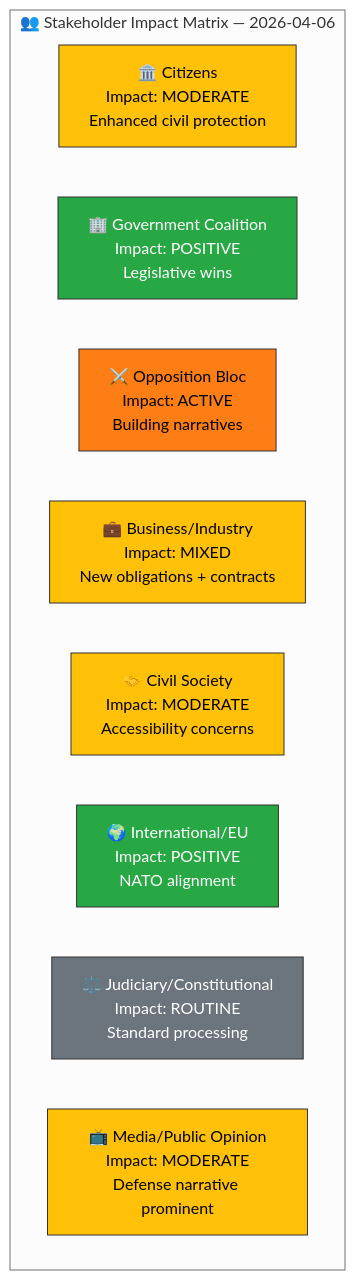
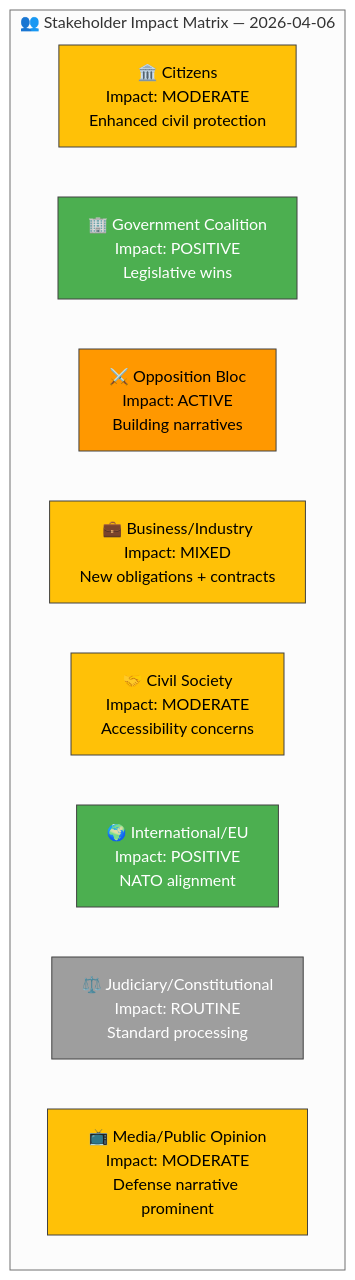
The diagram in analysis/daily/2026-04-06/realtime-1420/stakeholder-perspectives.md (Hack23/riksdagsmonitor), drawn with Mermaid (neutral theme) before and after one commit. The commit also changed 785 other files, not shown here.

First line of the commit message:
Normalize mermaid colors across 786 analysis artifacts to ISMS Style Guide palette

````diff
--- a/analysis/daily/2026-04-06/realtime-1420/stakeholder-perspectives.md
+++ b/analysis/daily/2026-04-06/realtime-1420/stakeholder-perspectives.md
@@ -21,22 +21,22 @@
 ```mermaid
 graph TD
     subgraph "👥 Stakeholder Impact Matrix — 2026-04-06"
         CIT["🏛️ Citizens<br/>Impact: MODERATE<br/>Enhanced civil protection"]
         GOV["🏢 Government Coalition<br/>Impact: POSITIVE<br/>Legislative wins"]
         OPP["⚔️ Opposition Bloc<br/>Impact: ACTIVE<br/>Building narratives"]
         BIZ["💼 Business/Industry<br/>Impact: MIXED<br/>New obligations + contracts"]
         CIV["🤝 Civil Society<br/>Impact: MODERATE<br/>Accessibility concerns"]
         INT["🌍 International/EU<br/>Impact: POSITIVE<br/>NATO alignment"]
         JUD["⚖️ Judiciary/Constitutional<br/>Impact: ROUTINE<br/>Standard processing"]
         MED["📺 Media/Public Opinion<br/>Impact: MODERATE<br/>Defense narrative prominent"]
     end
 
-    style CIT fill:#ffc107,stroke:#333,color:#000
-    style GOV fill:#28a745,stroke:#333,color:#fff
-    style OPP fill:#fd7e14,stroke:#333,color:#000
-    style BIZ fill:#ffc107,stroke:#333,color:#000
-    style CIV fill:#ffc107,stroke:#333,color:#000
-    style INT fill:#28a745,stroke:#333,color:#fff
-    style JUD fill:#6c757d,stroke:#333,color:#fff
-    style MED fill:#ffc107,stroke:#333,color:#000
+    style CIT fill:#FFC107,stroke:#424242,color:#000000
+    style GOV fill:#4CAF50,stroke:#424242,color:#FFFFFF
+    style OPP fill:#FF9800,stroke:#424242,color:#000000
+    style BIZ fill:#FFC107,stroke:#424242,color:#000000
+    style CIV fill:#FFC107,stroke:#424242,color:#000000
+    style INT fill:#4CAF50,stroke:#424242,color:#FFFFFF
+    style JUD fill:#9E9E9E,stroke:#424242,color:#FFFFFF
+    style MED fill:#FFC107,stroke:#424242,color:#000000
 ```
````
